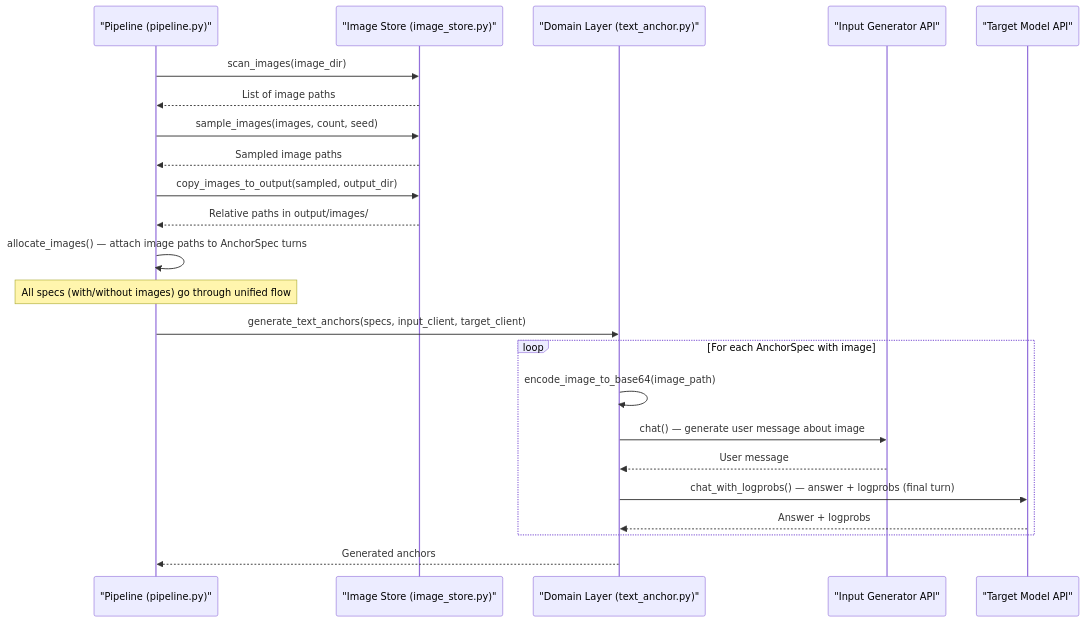
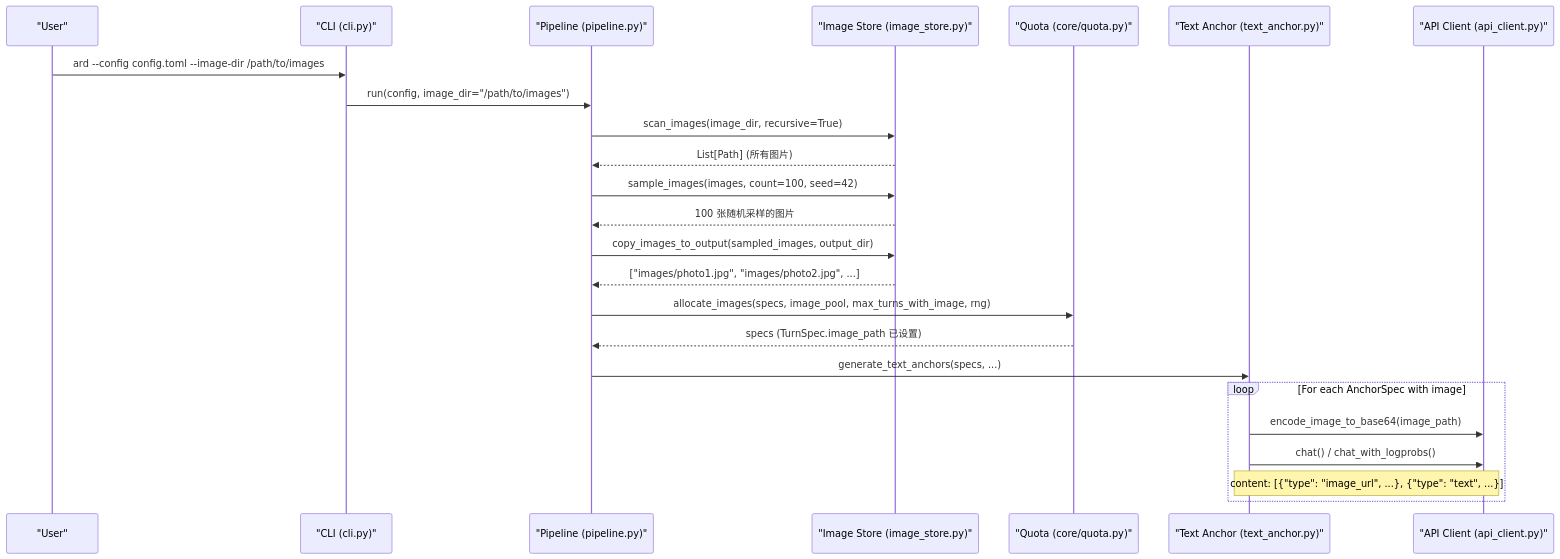
Before and after one commit to godthrone/anchor-replay-distillation: the fifth of 5 diagrams in docs/architecture.md, drawn with Mermaid. The commit also changed other lines of this file and 28 other files, not shown here.

````diff
--- a/docs/architecture.md
+++ b/docs/architecture.md
@@ -187,28 +414,27 @@
 ```mermaid
 sequenceDiagram
+    participant User as "User"
+    participant CLI as "CLI (cli.py)"
     participant Pipeline as "Pipeline (pipeline.py)"
     participant IS as "Image Store (image_store.py)"
-    participant Domain as "Domain Layer (text_anchor.py)"
-    participant InputGen as "Input Generator API"
-    participant Target as "Target Model API"
+    participant Quota as "Quota (core/quota.py)"
+    participant TextAnchor as "Text Anchor (text_anchor.py)"
+    participant API as "API Client (api_client.py)"
 
-    Pipeline->>IS: scan_images(image_dir)
-    IS-->>Pipeline: List of image paths
-    Pipeline->>IS: sample_images(images, count, seed)
-    IS-->>Pipeline: Sampled image paths
-    Pipeline->>IS: copy_images_to_output(sampled, output_dir)
-    IS-->>Pipeline: Relative paths in output/images/
-    Pipeline->>Pipeline: allocate_images() — attach image paths to AnchorSpec turns
-
-    Note over Pipeline: All specs (with/without images) go through unified flow
-
-    Pipeline->>Domain: generate_text_anchors(specs, input_client, target_client)
+    User->>CLI: ard --config config.toml --image-dir /path/to/images
+    CLI->>Pipeline: run(config, image_dir="/path/to/images")
+    Pipeline->>IS: scan_images(image_dir, recursive=True)
+    IS-->>Pipeline: List[Path] (所有图片)
+    Pipeline->>IS: sample_images(images, count=100, seed=42)
+    IS-->>Pipeline: 100 张随机采样的图片
+    Pipeline->>IS: copy_images_to_output(sampled_images, output_dir)
+    IS-->>Pipeline: ["images/photo1.jpg", "images/photo2.jpg", ...]
+    Pipeline->>Quota: allocate_images(specs, image_pool, max_turns_with_image, rng)
+    Quota-->>Pipeline: specs (TurnSpec.image_path 已设置)
+    Pipeline->>TextAnchor: generate_text_anchors(specs, ...)
     loop For each AnchorSpec with image
-        Domain->>Domain: encode_image_to_base64(image_path)
-        Domain->>InputGen: chat() — generate user message about image
-        InputGen-->>Domain: User message
-        Domain->>Target: chat_with_logprobs() — answer + logprobs (final turn)
-        Target-->>Domain: Answer + logprobs
+        TextAnchor->>API: encode_image_to_base64(image_path)
+        TextAnchor->>API: chat() / chat_with_logprobs()
+        Note over TextAnchor,API: content: [{"type": "image_url", ...}, {"type": "text", ...}]
     end
-    Domain-->>Pipeline: Generated anchors
 ```
````
